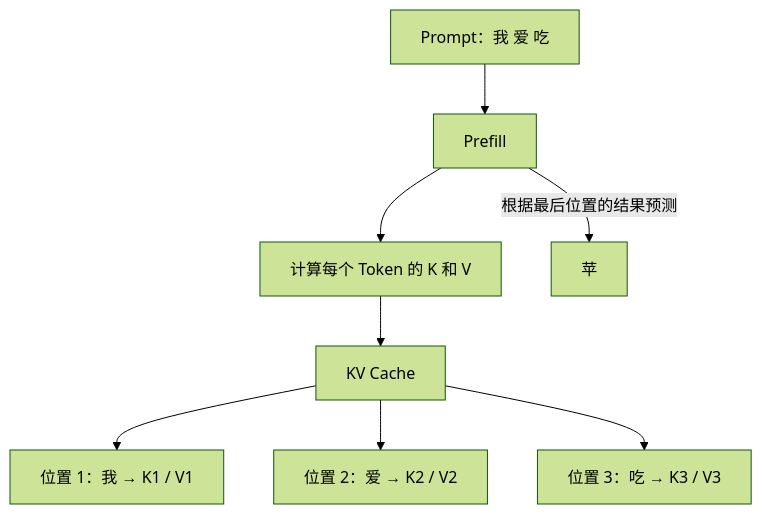
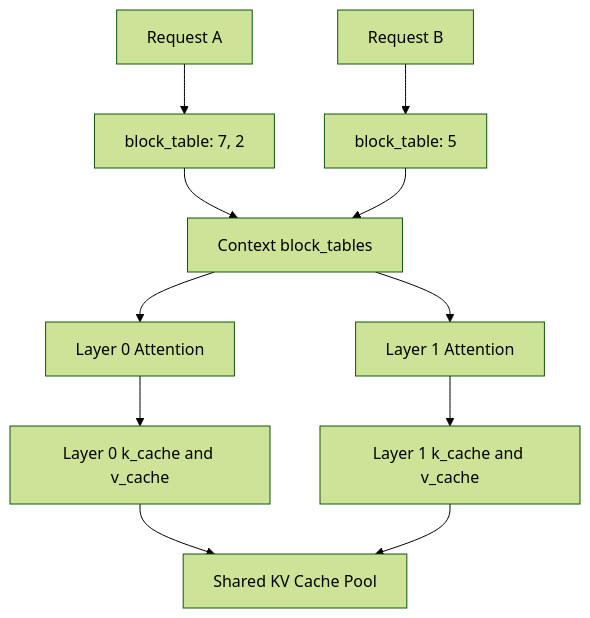
Before and after one commit to hotttao/backup: the second of 2 diagrams in posts/aigc/llm_engine/002_kv.md, drawn with Mermaid (forest theme). The commit also changed other lines of this file, not shown here.

````diff
--- a/posts/aigc/llm_engine/002_kv.md
+++ b/posts/aigc/llm_engine/002_kv.md
@@ -114,10 +615,13 @@
 ```mermaid
-flowchart TD
-    A[Prompt：我 爱 吃] --> B[Prefill]
-    B --> C[计算每个 Token 的 K 和 V]
-    C --> D[KV Cache]
-    D --> E[位置 1：我 → K1 / V1]
-    D --> F[位置 2：爱 → K2 / V2]
-    D --> G[位置 3：吃 → K3 / V3]
-    B -->|根据最后位置的结果预测| H[苹]
+flowchart TB
+    A[Request A] --> TA[block_table: 7, 2]
+    B[Request B] --> TB[block_table: 5]
+    TA --> C[Context block_tables]
+    TB --> C
+    C --> L0[Layer 0 Attention]
+    C --> L1[Layer 1 Attention]
+    L0 --> K0[Layer 0 k_cache and v_cache]
+    L1 --> K1[Layer 1 k_cache and v_cache]
+    K0 --> P[Shared KV Cache Pool]
+    K1 --> P
 ```
````
